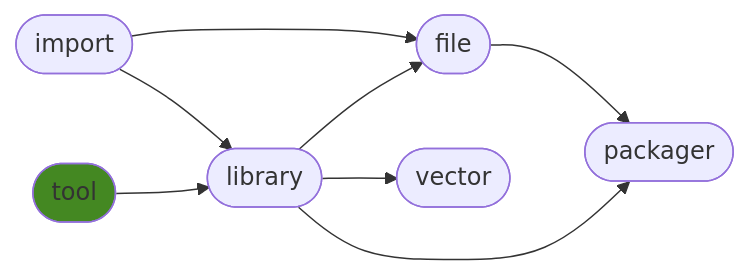
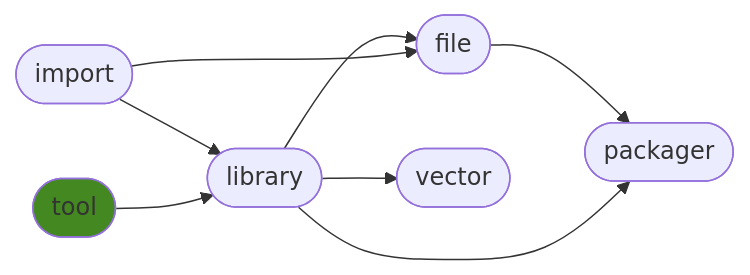
Before and after one commit to ManderaGeneral/generaltool: the diagram in README.md, drawn with Mermaid. The commit also changed other lines of this file, not shown here.

````diff
--- a/README.md
+++ b/README.md
@@ -23,17 +23,17 @@
 ```mermaid
 flowchart LR
+2([library]) --> 4([vector])
 0([import]) --> 2([library])
-0([import]) --> 3([file])
-1([tool]) --> 2([library])
 2([library]) --> 3([file])
 3([file]) --> 5([packager])
-2([library]) --> 4([vector])
+1([tool]) --> 2([library])
+0([import]) --> 3([file])
 2([library]) --> 5([packager])
 click 0 "https://github.com/ManderaGeneral/generalimport"
 click 1 "https://github.com/ManderaGeneral/generaltool"
 click 2 "https://github.com/ManderaGeneral/generallibrary"
 click 3 "https://github.com/ManderaGeneral/generalfile"
 click 4 "https://github.com/ManderaGeneral/generalvector"
 click 5 "https://github.com/ManderaGeneral/generalpackager"
 style 1 fill:#482
 ```
````
